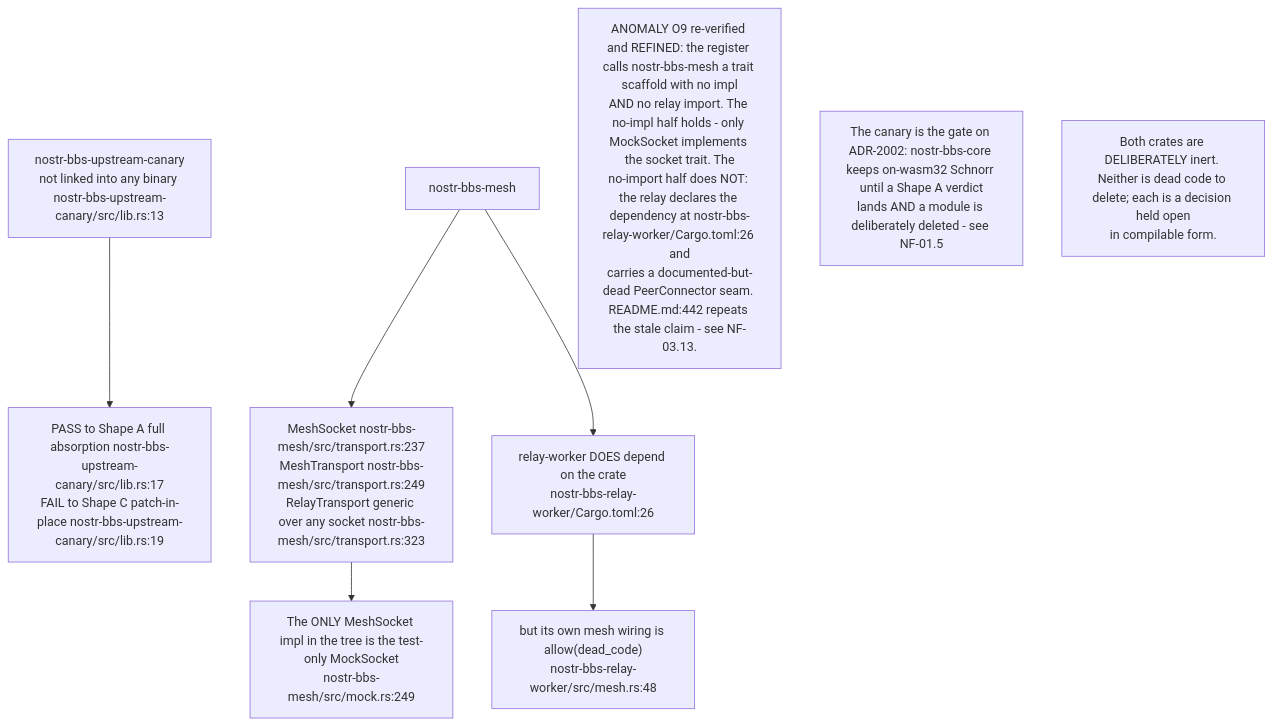
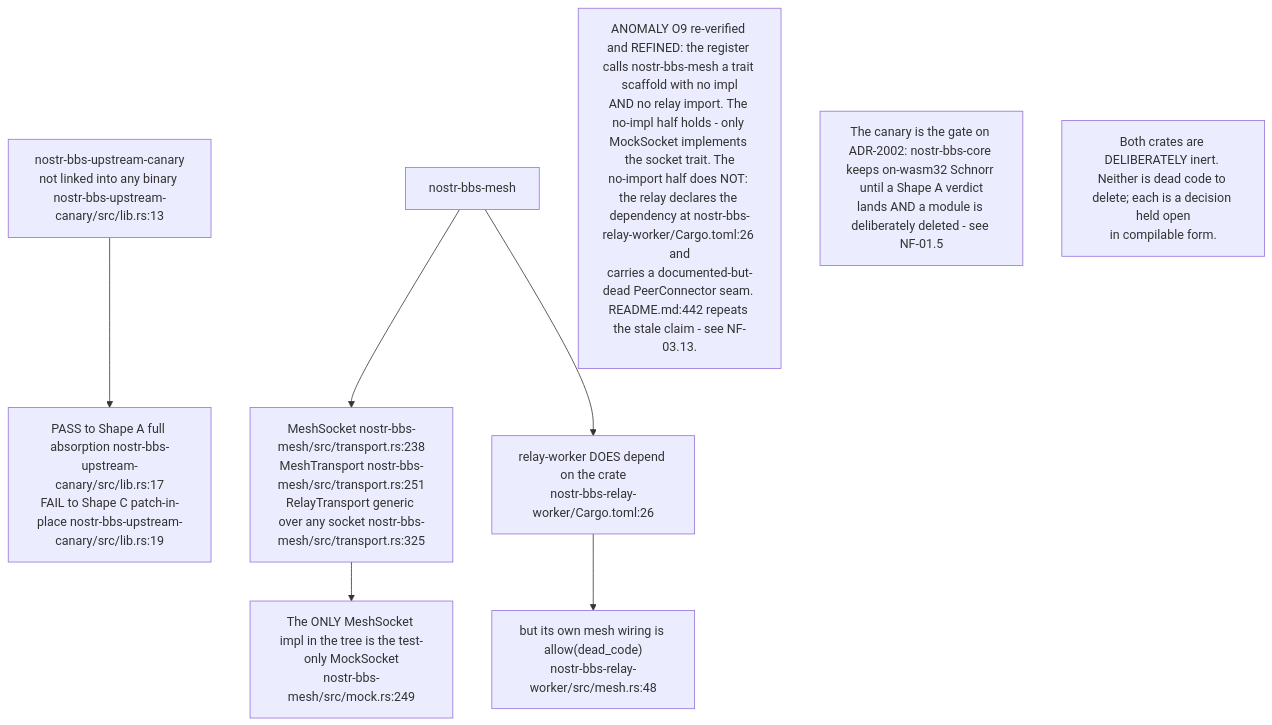
The eighth of 9 diagrams in docs/diagrams/nostr-rust-forum/09-ci-deploy-canary-and-validation.md (DreamLab-AI/VisionFlow), drawn with Mermaid before and after one commit. The commit also changed other lines of this file and 94 other files, not shown here.

First line of the commit message:
docs(diagrams): re-verify 130 topics against 2 October HEADs

````diff
--- a/docs/diagrams/nostr-rust-forum/09-ci-deploy-canary-and-validation.md
+++ b/docs/diagrams/nostr-rust-forum/09-ci-deploy-canary-and-validation.md
@@ -194,18 +196,18 @@
 ```mermaid
 flowchart TB
     CAN["nostr-bbs-upstream-canary<br/>not linked into any binary nostr-bbs-upstream-canary/src/lib.rs:13"]
     SHAPE["PASS to Shape A full absorption nostr-bbs-upstream-canary/src/lib.rs:17<br/>FAIL to Shape C patch-in-place nostr-bbs-upstream-canary/src/lib.rs:19"]
     MESH["nostr-bbs-mesh"]
-    TRAITS["MeshSocket nostr-bbs-mesh/src/transport.rs:237<br/>MeshTransport nostr-bbs-mesh/src/transport.rs:249<br/>RelayTransport generic over any socket nostr-bbs-mesh/src/transport.rs:323"]
+    TRAITS["MeshSocket nostr-bbs-mesh/src/transport.rs:238<br/>MeshTransport nostr-bbs-mesh/src/transport.rs:251<br/>RelayTransport generic over any socket nostr-bbs-mesh/src/transport.rs:325"]
     ONLYIMPL["The ONLY MeshSocket impl in the tree is the test-only MockSocket<br/>nostr-bbs-mesh/src/mock.rs:249"]
     DEP["relay-worker DOES depend on the crate<br/>nostr-bbs-relay-worker/Cargo.toml:26"]
     DEAD["but its own mesh wiring is allow(dead_code)<br/>nostr-bbs-relay-worker/src/mesh.rs:48"]
 
     CAN --> SHAPE
     MESH --> TRAITS --> ONLYIMPL
     MESH --> DEP --> DEAD
 
     N1["ANOMALY O9 re-verified and REFINED: the register calls nostr-bbs-mesh a trait scaffold with no impl<br/>AND no relay import. The no-impl half holds - only MockSocket implements the socket trait. The<br/>no-import half does NOT: the relay declares the dependency at nostr-bbs-relay-worker/Cargo.toml:26 and<br/>carries a documented-but-dead PeerConnector seam. README.md:442 repeats the stale claim - see NF-03.13."]
     N2["The canary is the gate on ADR-2002: nostr-bbs-core keeps on-wasm32 Schnorr until a Shape A verdict<br/>lands AND a module is deliberately deleted - see NF-01.5"]
     N3["Both crates are DELIBERATELY inert. Neither is dead code to delete; each is a decision held open<br/>in compilable form."]
 ```
````
